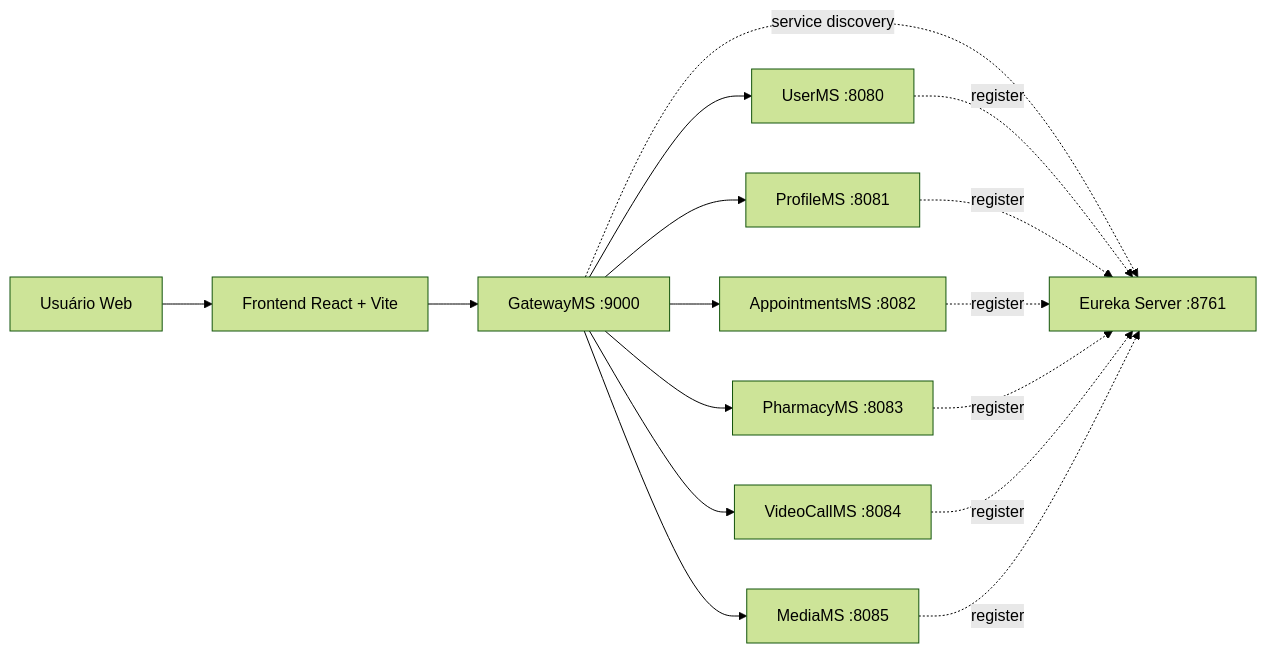
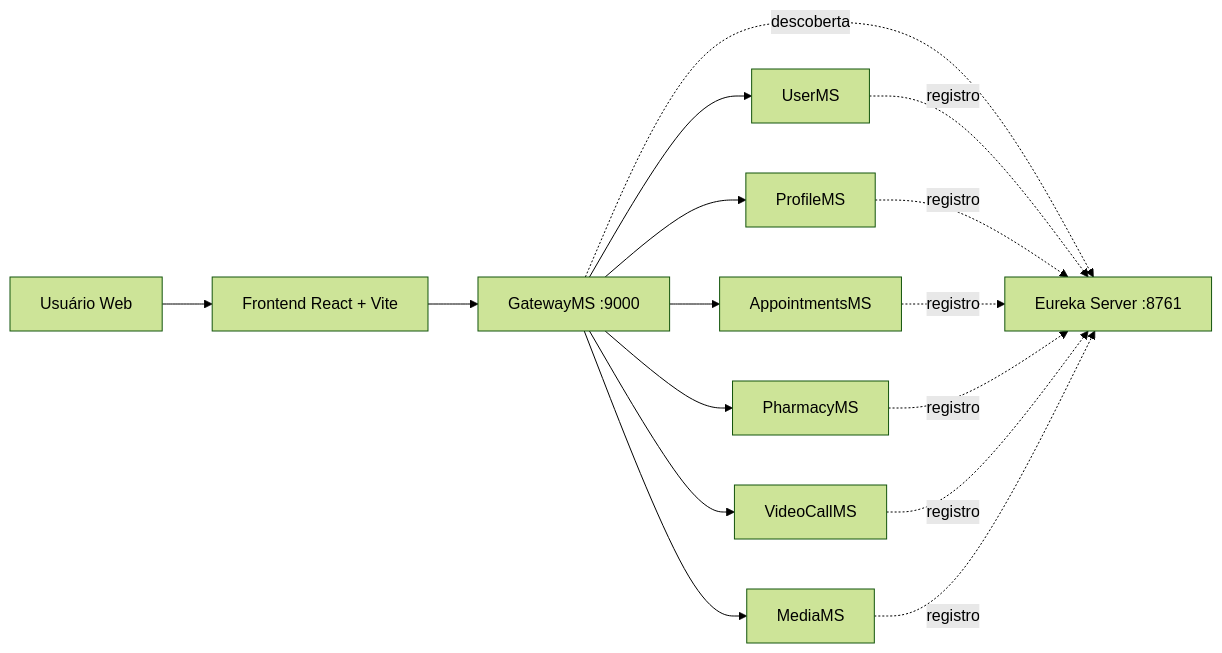
Before and after one commit to NicolasMCascaes/hmsReact: the diagram in README.md, drawn with Mermaid (forest theme). The commit also changed other lines of this file and 26 other files, not shown here.

````diff
--- a/README.md
+++ b/README.md
@@ -35,19 +64,19 @@
 ```mermaid
 flowchart LR
     U[Usuário Web] --> FE[Frontend React + Vite]
     FE --> GW[GatewayMS :9000]
-    GW --> US[UserMS :8080]
-    GW --> PR[ProfileMS :8081]
-    GW --> AP[AppointmentsMS :8082]
-    GW --> PH[PharmacyMS :8083]
-    GW --> VC[VideoCallMS :8084]
-    GW --> MD[MediaMS :8085]
+    GW --> US[UserMS]
+    GW --> PR[ProfileMS]
+    GW --> AP[AppointmentsMS]
+    GW --> PH[PharmacyMS]
+    GW --> VC[VideoCallMS]
+    GW --> MD[MediaMS]
 
-    GW -. service discovery .-> EU[Eureka Server :8761]
-    US -. register .-> EU
-    PR -. register .-> EU
-    AP -. register .-> EU
-    PH -. register .-> EU
-    VC -. register .-> EU
-    MD -. register .-> EU
+    GW -. descoberta .-> EU[Eureka Server :8761]
+    US -. registro .-> EU
+    PR -. registro .-> EU
+    AP -. registro .-> EU
+    PH -. registro .-> EU
+    VC -. registro .-> EU
+    MD -. registro .-> EU
 ```
````
